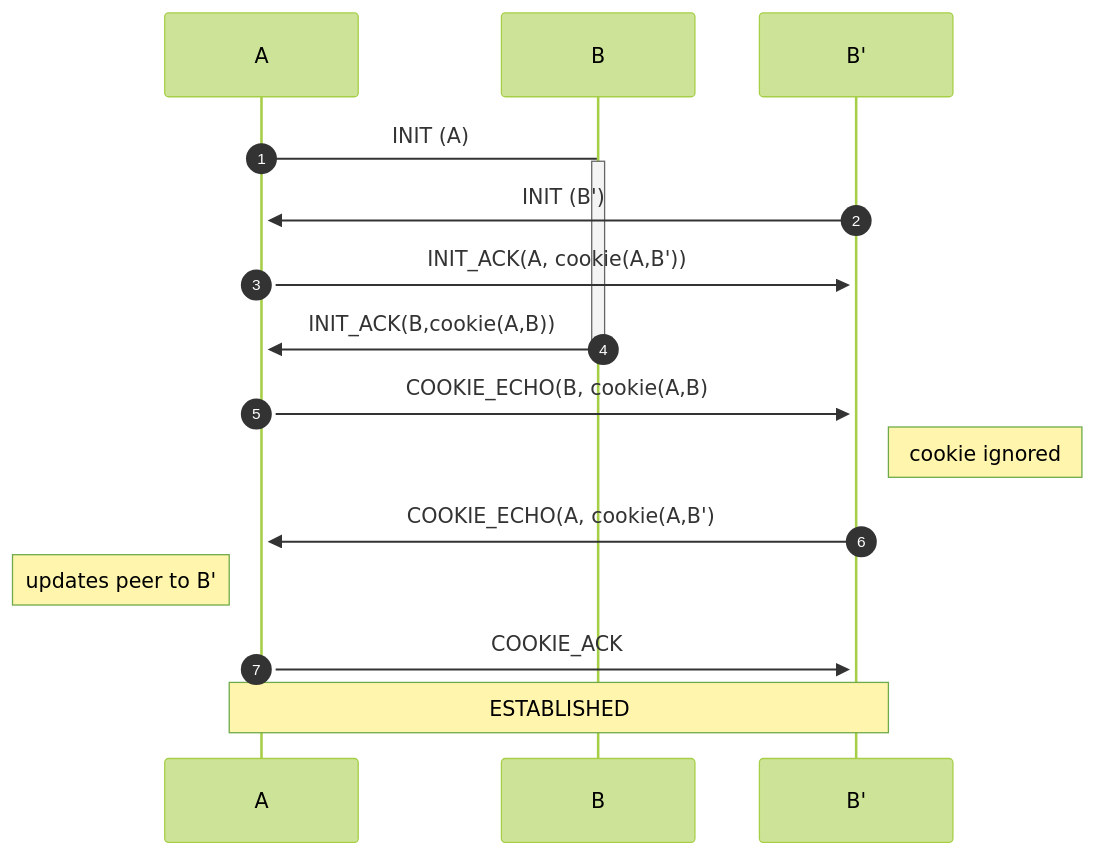
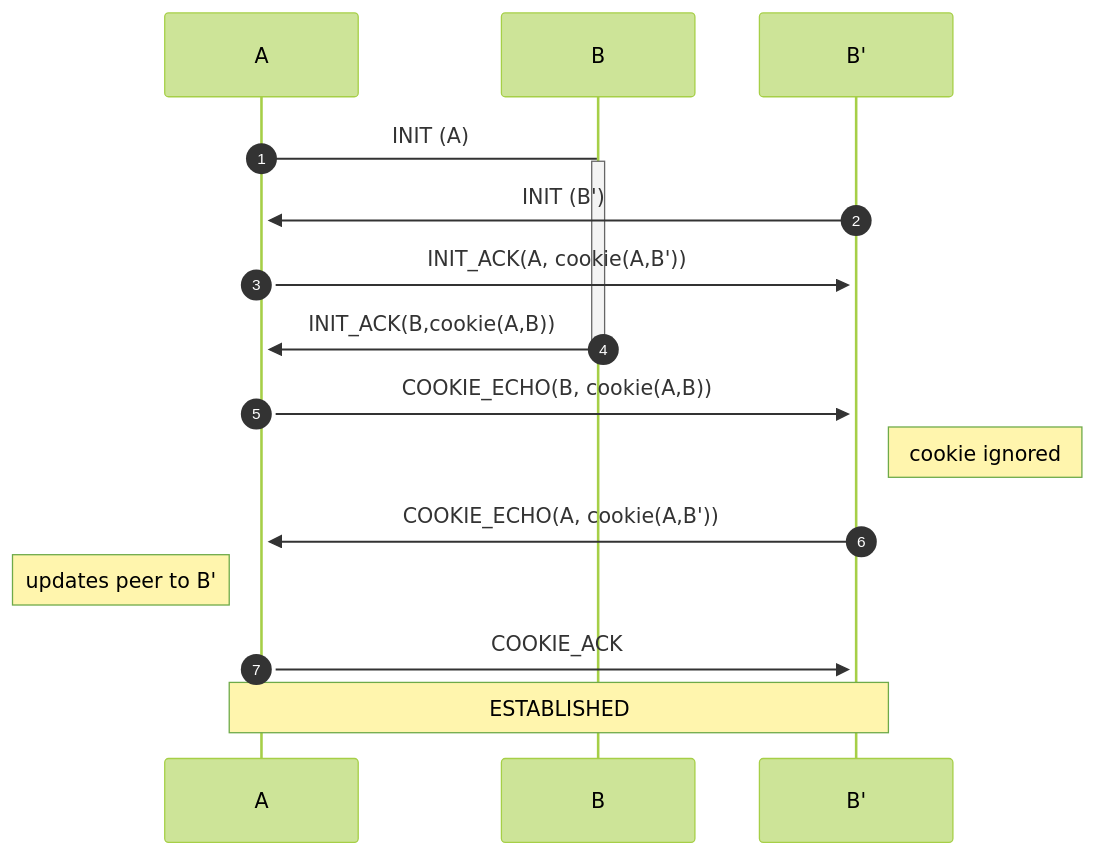
The diagram in doc/sctp/INITbeforeINIT_ACK.md (finos/SymphonyMediaBridge), drawn with Mermaid (forest theme) before and after one commit. The commit also changed 27 other files, not shown here.

````diff
--- a/doc/sctp/INITbeforeINIT_ACK.md
+++ b/doc/sctp/INITbeforeINIT_ACK.md
@@ -1,20 +1,20 @@
 ```mermaid
 sequenceDiagram
 
 autonumber
 A->B: INIT (A)
 activate A
 activate B
 B'->>A: INIT (B')
 activate B'
 A->>B': INIT_ACK(A, cookie(A,B'))
 B->>A: INIT_ACK(B,cookie(A,B))
 deactivate B
-A->>B': COOKIE_ECHO(B, cookie(A,B)
+A->>B': COOKIE_ECHO(B, cookie(A,B))
 note right of B': cookie ignored
-B'->>A: COOKIE_ECHO(A, cookie(A,B')
+B'->>A: COOKIE_ECHO(A, cookie(A,B'))
 
 note left of A: updates peer to B'
 A->>B': COOKIE_ACK
 note over A,B': ESTABLISHED
 ```
````
